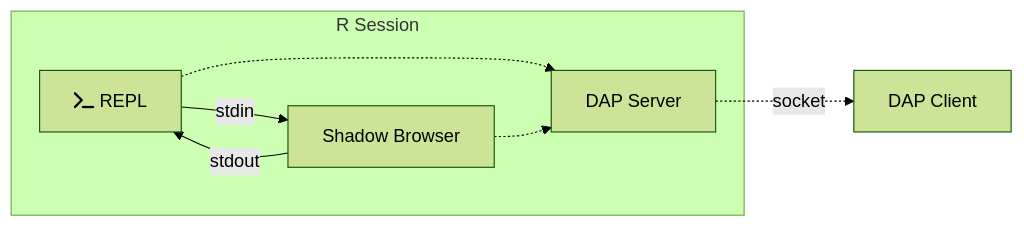
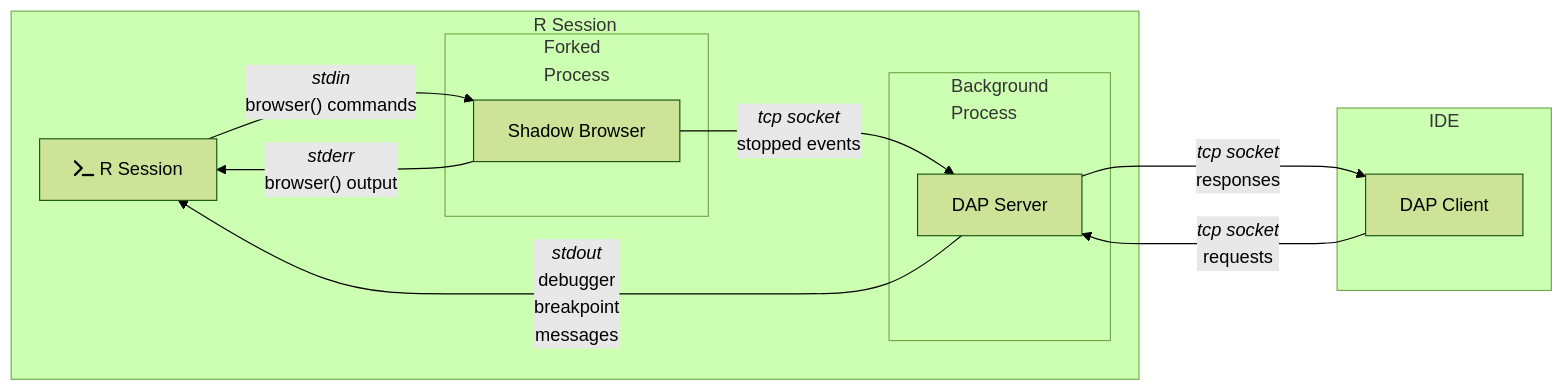
One commit to dgkf/debugadapter changed the second of 2 diagrams in README.md. Above: the diagram before and after it, drawn with Mermaid (forest theme).

````diff
--- a/README.md
+++ b/README.md
@@ -106,19 +106,30 @@
 ```mermaid
 flowchart LR
 
+repl[fa:fa-terminal R Session]
+browser[Shadow Browser]
+server[DAP Server]
+client[DAP Client]
+
 subgraph R Session
-    repl[fa:fa-terminal REPL]
-    brow[Shadow Browser]
-    dap[DAP Server]
+    server -->|<i>stdout</i> <br> debugger <br> breakpoint <br>messages| repl
+    repl -->|"<i>stdin</i> <br> browser() commands"| browser
+    browser -->|"<i>stderr</i> <br> browser() output"| repl
+    browser -->|"<i>tcp socket</i> <br> stopped events"| server
+
+    subgraph fork[Forked <br> Process]
+        browser
+    end
+
+    subgraph bg[Background <br> Process]
+        server
+    end
 end
 
-ide[DAP Client]
+subgraph IDE
+    client
+end
 
-repl -->|stdin| brow
-brow -->|stdout| repl
-
-repl -.-> dap
-brow -.-> dap
-
-dap -.->|socket| ide
+client --->|<i>tcp socket</i> <br> requests| server
+server --->|"<i>tcp socket</i> <br> responses"| client
 ```
````
